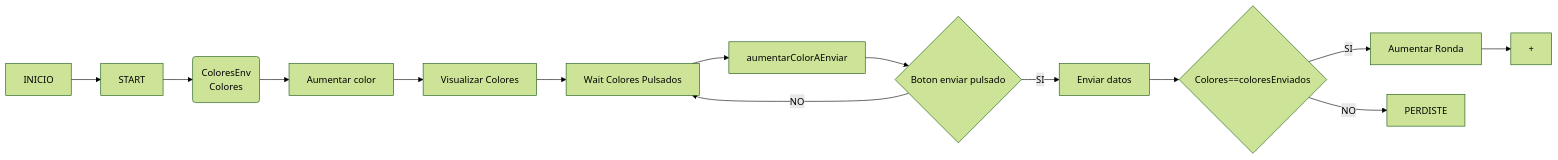
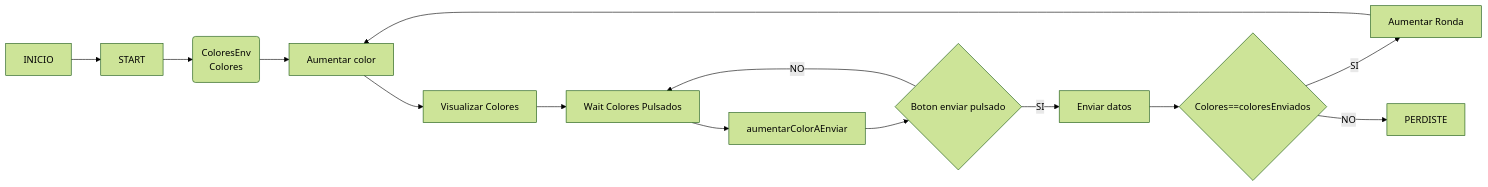
Before and after one commit to NicolasRodriguezSteuerberg/SimonDice: the first of 2 diagrams in Readme.md, drawn with Mermaid (forest theme). The commit also changed other lines of this file, not shown here.

````diff
--- a/Readme.md
+++ b/Readme.md
@@ -21,17 +12,17 @@
 ```mermaid
 flowchart LR
 
 I[INICIO] --> S[START]
 S --> V(ColoresEnv 
 Colores)
 V --> Aumentar[Aumentar color]
 Aumentar --> Vis[Visualizar Colores]
 Vis --> W[Wait Colores Pulsados]
 W --> Aumentar2[aumentarColorAEnviar]
 Aumentar2 --> CBoton{Boton enviar pulsado}
 CBoton --> |NO|W
 CBoton --> |SI|E[Enviar datos]
 E --> C{Colores==coloresEnviados}
-C --> |SI|+R[Aumentar Ronda]-->+
+C --> |SI|+R[Aumentar Ronda] --> Aumentar
 C --> |NO| P[PERDISTE]
 ```
````
